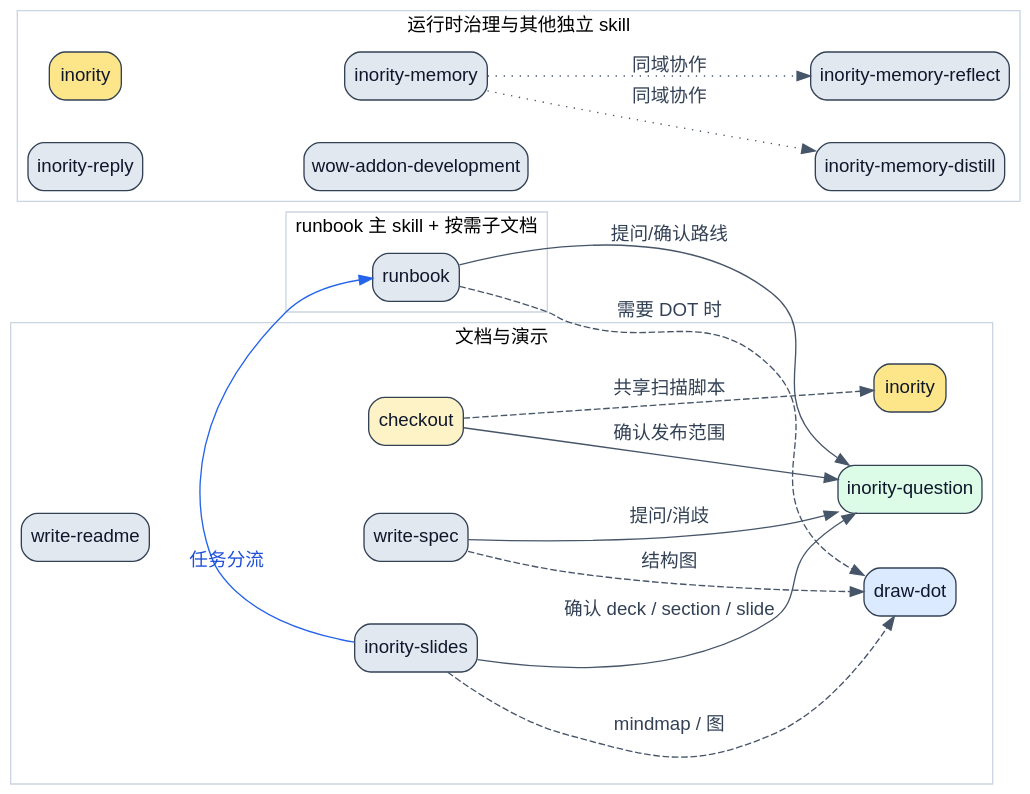
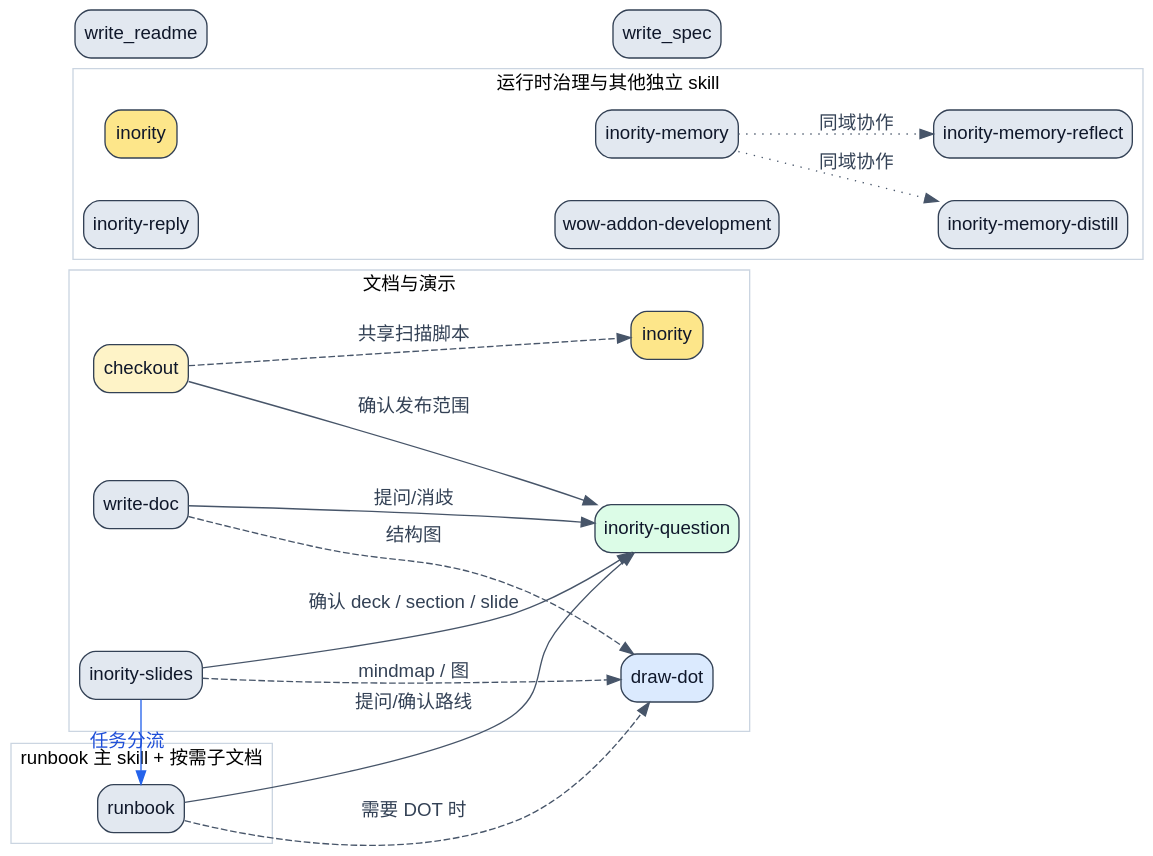
The diagram in skills/README.md (terencefan/inority-workspace), drawn with Graphviz before and after one commit. The commit also changed other lines of this file and 82 other files, not shown here.

````diff
--- a/skills/README.md
+++ b/skills/README.md
@@ -52,74 +51,73 @@
 ```dot
 digraph skills_topology {
   graph [
     rankdir=LR,
     bgcolor="transparent",
     pad="0.25",
     nodesep="0.45",
     ranksep="0.8",
     fontname="Arial"
   ];
   node [
     shape=box,
     style="rounded,filled",
     fontname="Arial",
     color="#334155",
     fillcolor="#e2e8f0",
     fontcolor="#0f172a"
   ];
   edge [
     color="#475569",
     fontname="Arial",
     fontcolor="#334155"
   ];
 
   subgraph cluster_docs {
     label="文档与演示";
     color="#cbd5e1";
     checkout [label="checkout", fillcolor="#fef3c7"];
     inority_base [label="inority", fillcolor="#fde68a"];
-    write_readme [label="write-readme"];
-    write_spec [label="write-spec"];
+    write_doc [label="write-doc"];
     inority_slides [label="inority-slides"];
     draw_dot [label="draw-dot", fillcolor="#dbeafe"];
     inority_question [label="inority-question", fillcolor="#dcfce7"];
   }
 
   subgraph cluster_runbook {
     label="runbook 主 skill + 按需子文档";
     color="#cbd5e1";
     runbook [label="runbook"];
   }
 
   subgraph cluster_runtime {
     label="运行时治理与其他独立 skill";
     color="#cbd5e1";
     inority_base_runtime [label="inority", fillcolor="#fde68a"];
     inority_memory [label="inority-memory"];
     inority_memory_distill [label="inority-memory-distill"];
     inority_memory_reflect [label="inority-memory-reflect"];
     inority_reply [label="inority-reply"];
     wow_addon [label="wow-addon-development"];
   }
 
   checkout -> inority_question [label="确认发布范围"];
   checkout -> inority_base [style=dashed, label="共享扫描脚本"];
 
-  write_spec -> inority_question [label="提问/消歧"];
-  write_spec -> draw_dot [style=dashed, label="结构图"];
+  write_doc -> inority_question [label="提问/消歧"];
+  write_doc -> draw_dot [style=dashed, label="结构图"];
 
   inority_slides -> inority_question [label="确认 deck / section / slide"];
   inority_slides -> draw_dot [style=dashed, label="mindmap / 图"];
   inority_slides -> runbook [label="任务分流", color="#2563eb", fontcolor="#1d4ed8"];
 
   runbook -> inority_question [label="提问/确认路线"];
   runbook -> draw_dot [style=dashed, label="需要 DOT 时"];
 
   inority_memory -> inority_memory_distill [style=dotted, label="同域协作"];
   inority_memory -> inority_memory_reflect [style=dotted, label="同域协作"];
   inority_base_runtime -> inority_memory [style=invis];
 
   inority_reply -> wow_addon [style=invis];
   write_readme -> write_spec [style=invis];
 }
 ```
````
